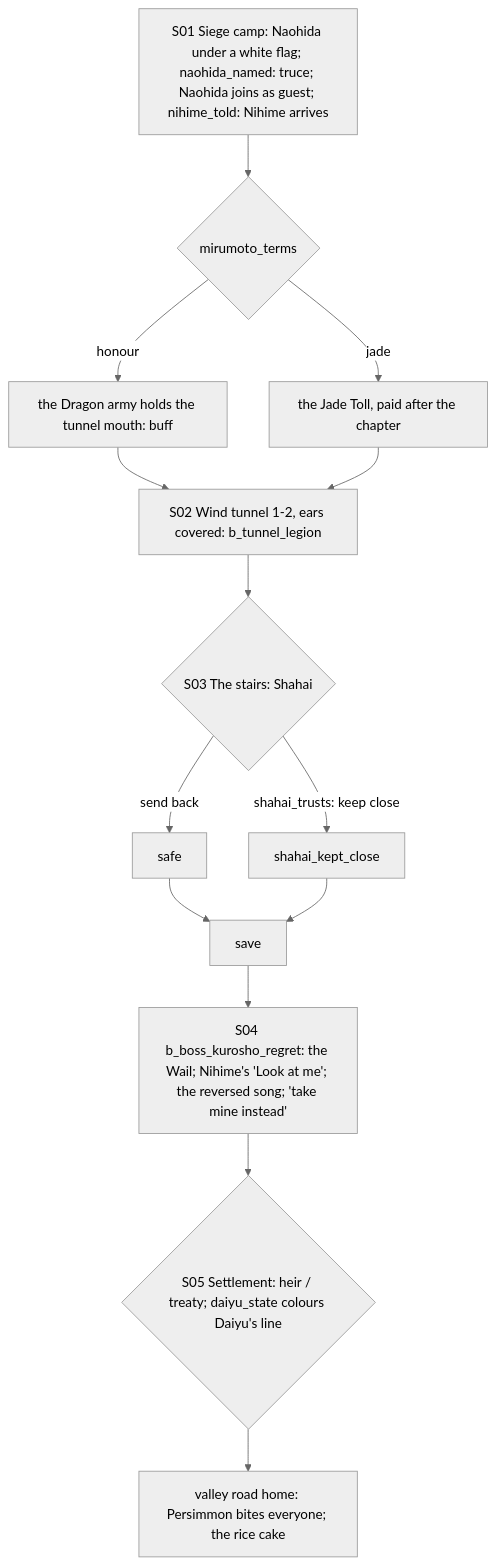
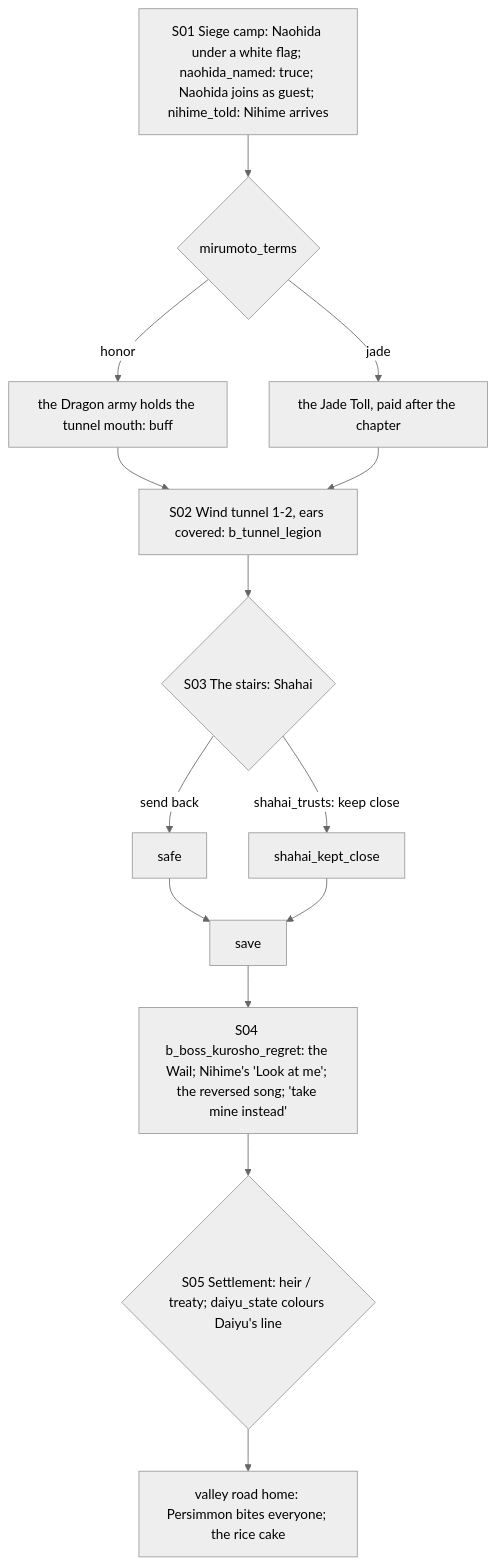
The diagram in docs/story/storyboards/unicorn-ch4.md (akodoreign/Traveler), drawn with Mermaid (neutral theme) before and after one commit. The commit also changed other lines of this file and 60 other files, not shown here.

````diff
--- a/docs/story/storyboards/unicorn-ch4.md
+++ b/docs/story/storyboards/unicorn-ch4.md
@@ -7,13 +7,13 @@
 ```mermaid
 flowchart TD
   S01[S01 Siege camp: Naohida under a white flag; naohida_named: truce; Naohida joins as guest; nihime_told: Nihime arrives] --> MT{mirumoto_terms}
-  MT -->|honour| HB[the Dragon army holds the tunnel mouth: buff]
+  MT -->|honor| HB[the Dragon army holds the tunnel mouth: buff]
   MT -->|jade| JT[the Jade Toll, paid after the chapter]
   HB & JT --> S02[S02 Wind tunnel 1-2, ears covered: b_tunnel_legion]
   S02 --> S03{S03 The stairs: Shahai}
   S03 -->|send back| SB[safe]
   S03 -->|shahai_trusts: keep close| SK[shahai_kept_close]
   SB & SK --> SV[save] --> S04[S04 b_boss_kurosho_regret: the Wail; Nihime's 'Look at me'; the reversed song; 'take mine instead']
   S04 --> S05{S05 Settlement: heir / treaty; daiyu_state colours Daiyu's line}
   S05 --> HOME[valley road home: Persimmon bites everyone; the rice cake]
 ```
````
